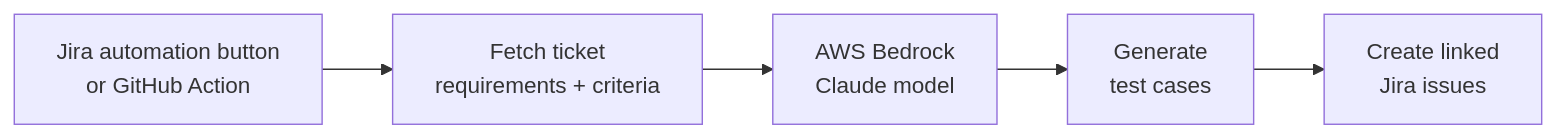
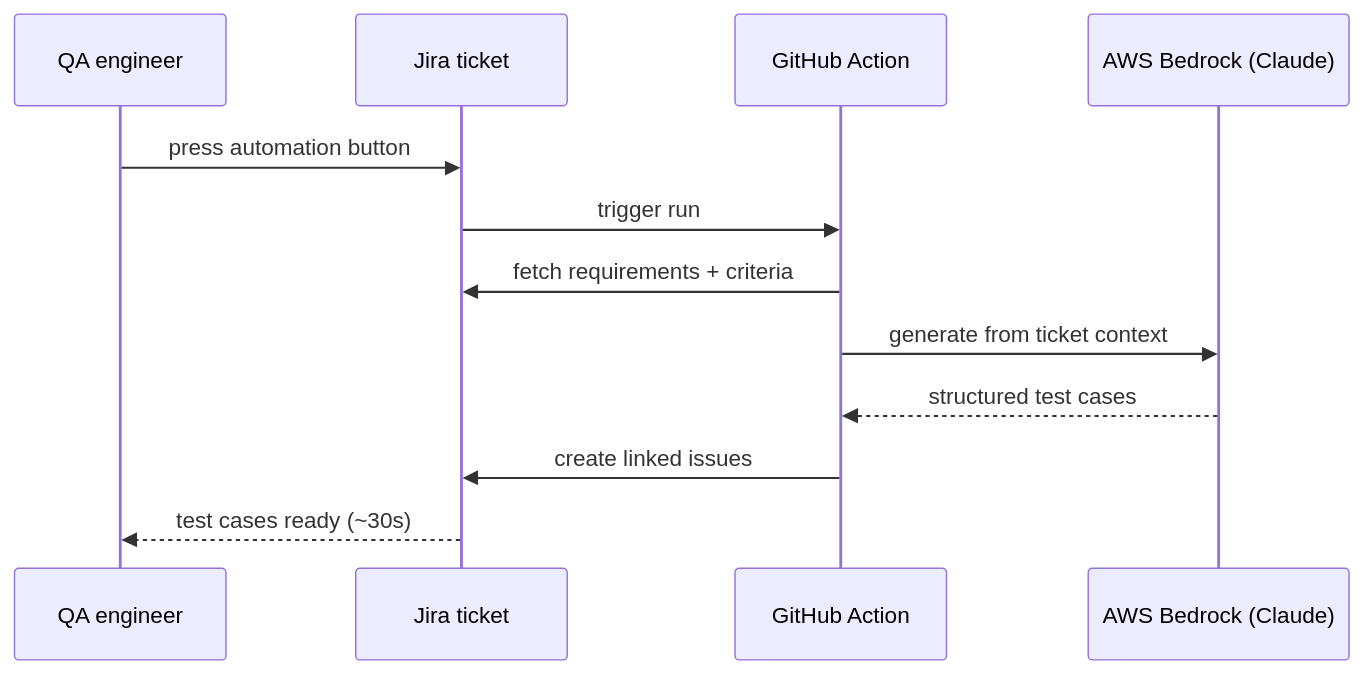
Before and after one commit to favzqn/favzqn.github.io: the diagram in src/content/projects/ai-test-generator.md, drawn with Mermaid. The commit also changed 8 other files, not shown here.

Commit message:
Diversify case study diagrams: sequence, mindmap, ER, and state diagrams

````diff
--- a/src/content/projects/ai-test-generator.md
+++ b/src/content/projects/ai-test-generator.md
@@ -33,7 +33,14 @@
 ```mermaid
-flowchart LR
-    J["Jira automation button<br/>or GitHub Action"] --> F["Fetch ticket<br/>requirements + criteria"]
-    F --> B["AWS Bedrock<br/>Claude model"]
-    B --> G["Generate<br/>test cases"]
-    G --> C["Create linked<br/>Jira issues"]
+sequenceDiagram
+    participant U as QA engineer
+    participant J as Jira ticket
+    participant G as GitHub Action
+    participant B as AWS Bedrock (Claude)
+    U->>J: press automation button
+    J->>G: trigger run
+    G->>J: fetch requirements + criteria
+    G->>B: generate from ticket context
+    B-->>G: structured test cases
+    G->>J: create linked issues
+    J-->>U: test cases ready (~30s)
 ```
````
